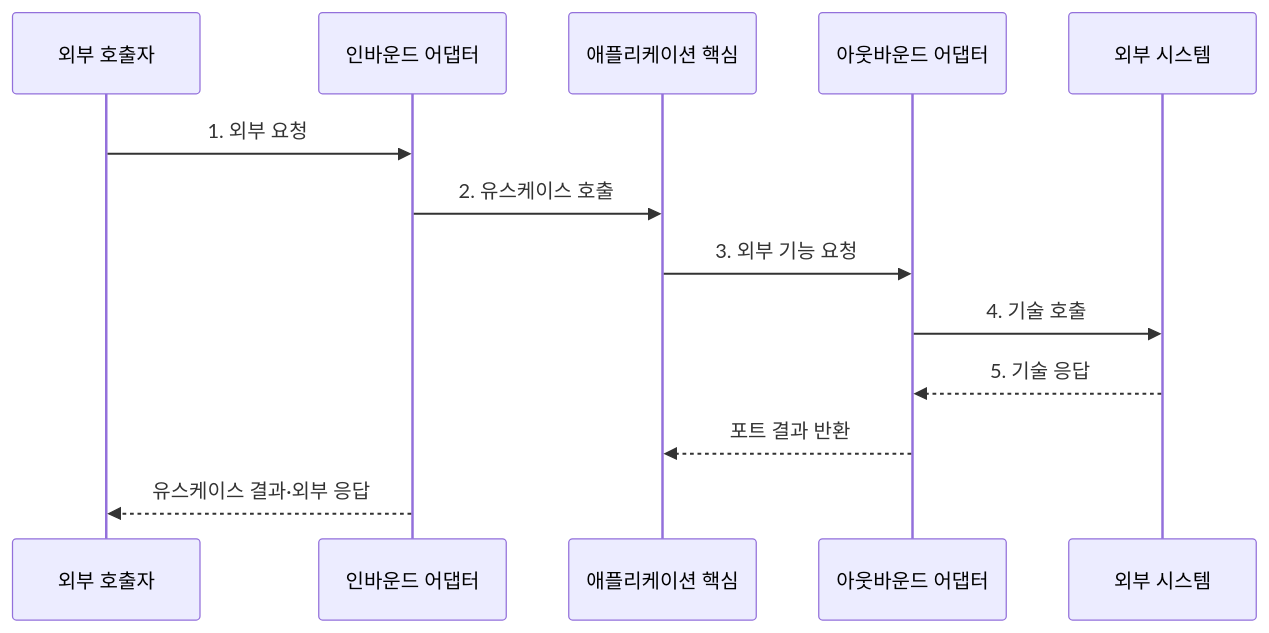
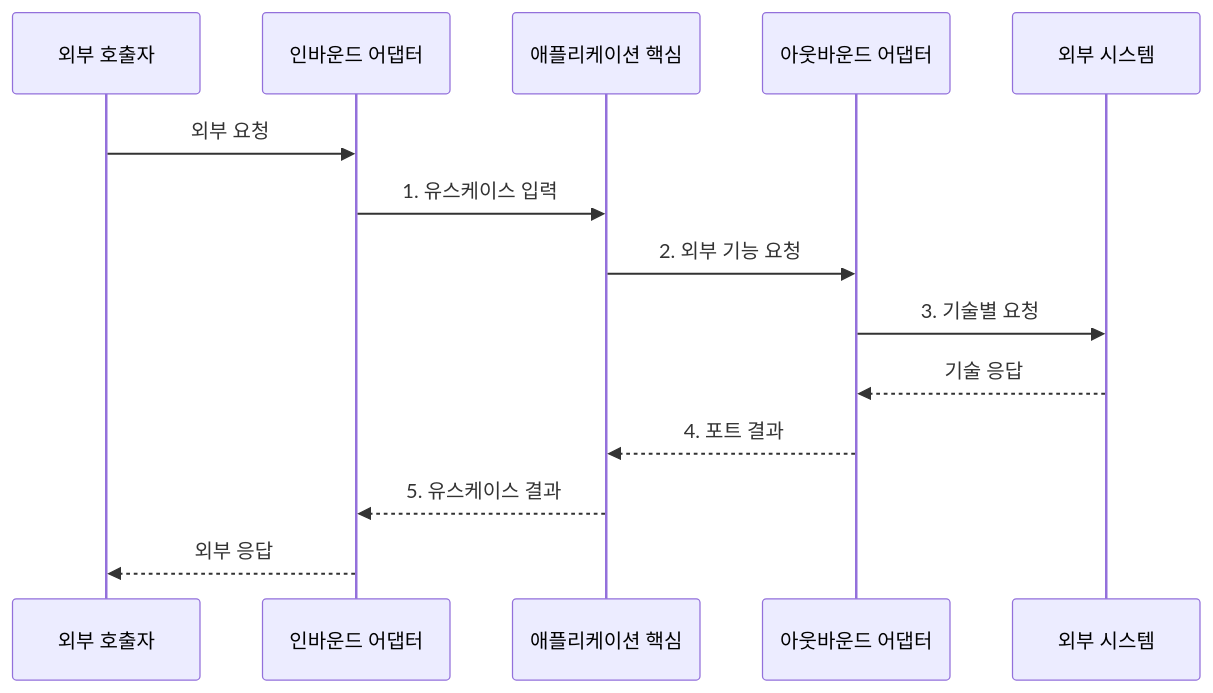
Before and after one commit to agnusdei1207/knowledge-base: the second of 2 diagrams in src/content/docs/notes/03-software/048_hexagonal_architecture.md, drawn with Mermaid. The commit also changed other lines of this file and 20 other files, not shown here.

````diff
--- a/src/content/docs/notes/03-software/048_hexagonal_architecture.md
+++ b/src/content/docs/notes/03-software/048_hexagonal_architecture.md
@@ -86,15 +86,16 @@
 ```mermaid
 sequenceDiagram
     participant U as 외부 호출자
     participant I as 인바운드 어댑터
     participant C as 애플리케이션 핵심
     participant O as 아웃바운드 어댑터
     participant E as 외부 시스템
-    U->>I: 1. 외부 요청
-    I->>C: 2. 유스케이스 호출
-    C->>O: 3. 외부 기능 요청
-    O->>E: 4. 기술 호출
-    E-->>O: 5. 기술 응답
-    O-->>C: 포트 결과 반환
-    I-->>U: 유스케이스 결과·외부 응답
+    U->>I: 외부 요청
+    I->>C: 1. 유스케이스 입력
+    C->>O: 2. 외부 기능 요청
+    O->>E: 3. 기술별 요청
+    E-->>O: 기술 응답
+    O-->>C: 4. 포트 결과
+    C-->>I: 5. 유스케이스 결과
+    I-->>U: 외부 응답
 ```
````
